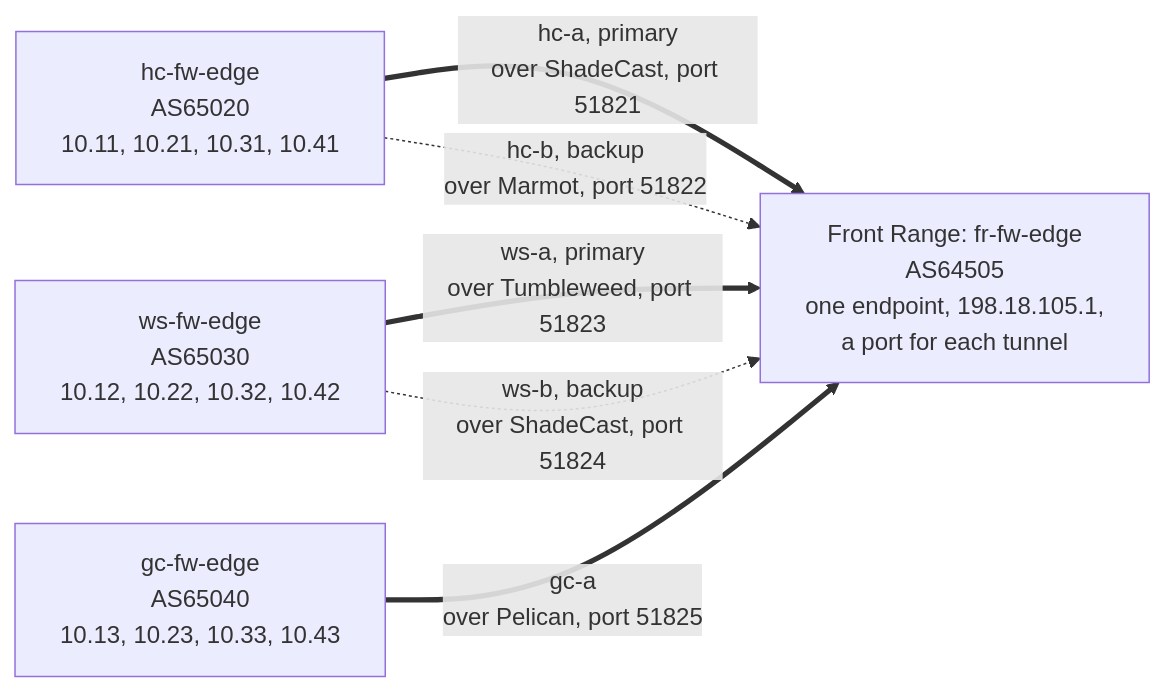
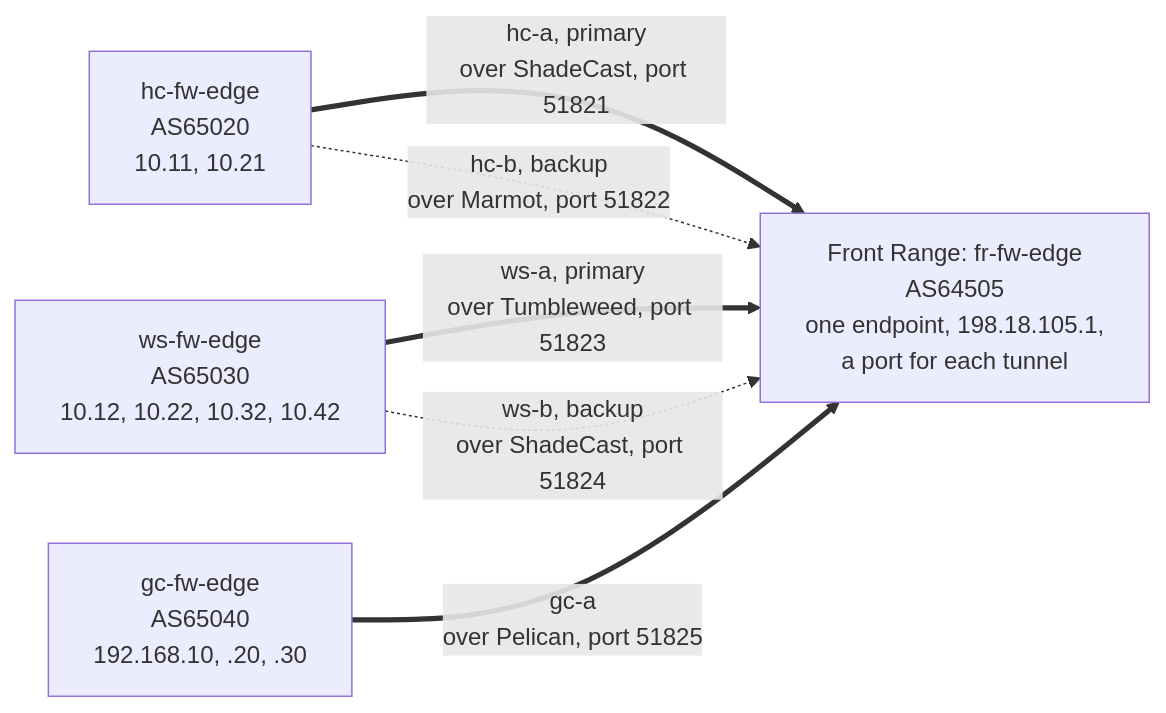
Before and after one commit to GhostofGoes/brew: the fifth of 10 diagrams in docs/multisite/PLANS.md, drawn with Mermaid. The commit also changed other lines of this file and 15 other files, not shown here.

````diff
--- a/docs/multisite/PLANS.md
+++ b/docs/multisite/PLANS.md
@@ -394,12 +539,12 @@
 ```mermaid
 flowchart LR
   HUB["Front Range: fr-fw-edge<br/>AS64505<br/>one endpoint, 198.18.105.1,<br/>a port for each tunnel"]
-  HC["hc-fw-edge<br/>AS65020<br/>10.11, 10.21, 10.31, 10.41"]
+  HC["hc-fw-edge<br/>AS65020<br/>10.11, 10.21"]
   WS["ws-fw-edge<br/>AS65030<br/>10.12, 10.22, 10.32, 10.42"]
-  GC["gc-fw-edge<br/>AS65040<br/>10.13, 10.23, 10.33, 10.43"]
+  GC["gc-fw-edge<br/>AS65040<br/>192.168.10, .20, .30"]
   HC ==>|"hc-a, primary<br/>over ShadeCast, port 51821"| HUB
   HC -.->|"hc-b, backup<br/>over Marmot, port 51822"| HUB
   WS ==>|"ws-a, primary<br/>over Tumbleweed, port 51823"| HUB
   WS -.->|"ws-b, backup<br/>over ShadeCast, port 51824"| HUB
   GC ==>|"gc-a<br/>over Pelican, port 51825"| HUB
 ```
````
